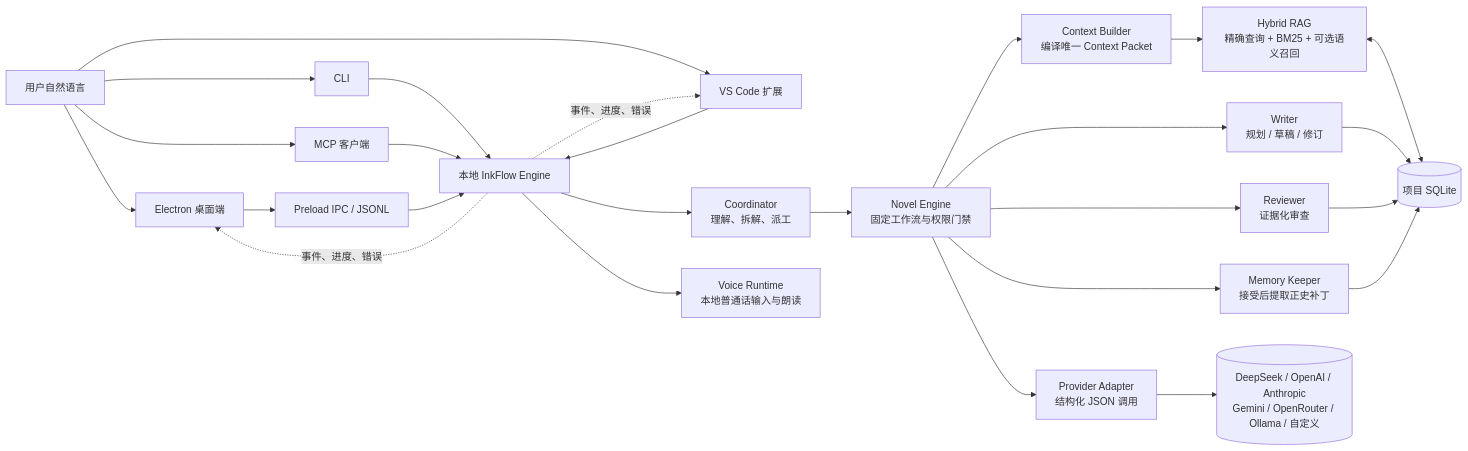
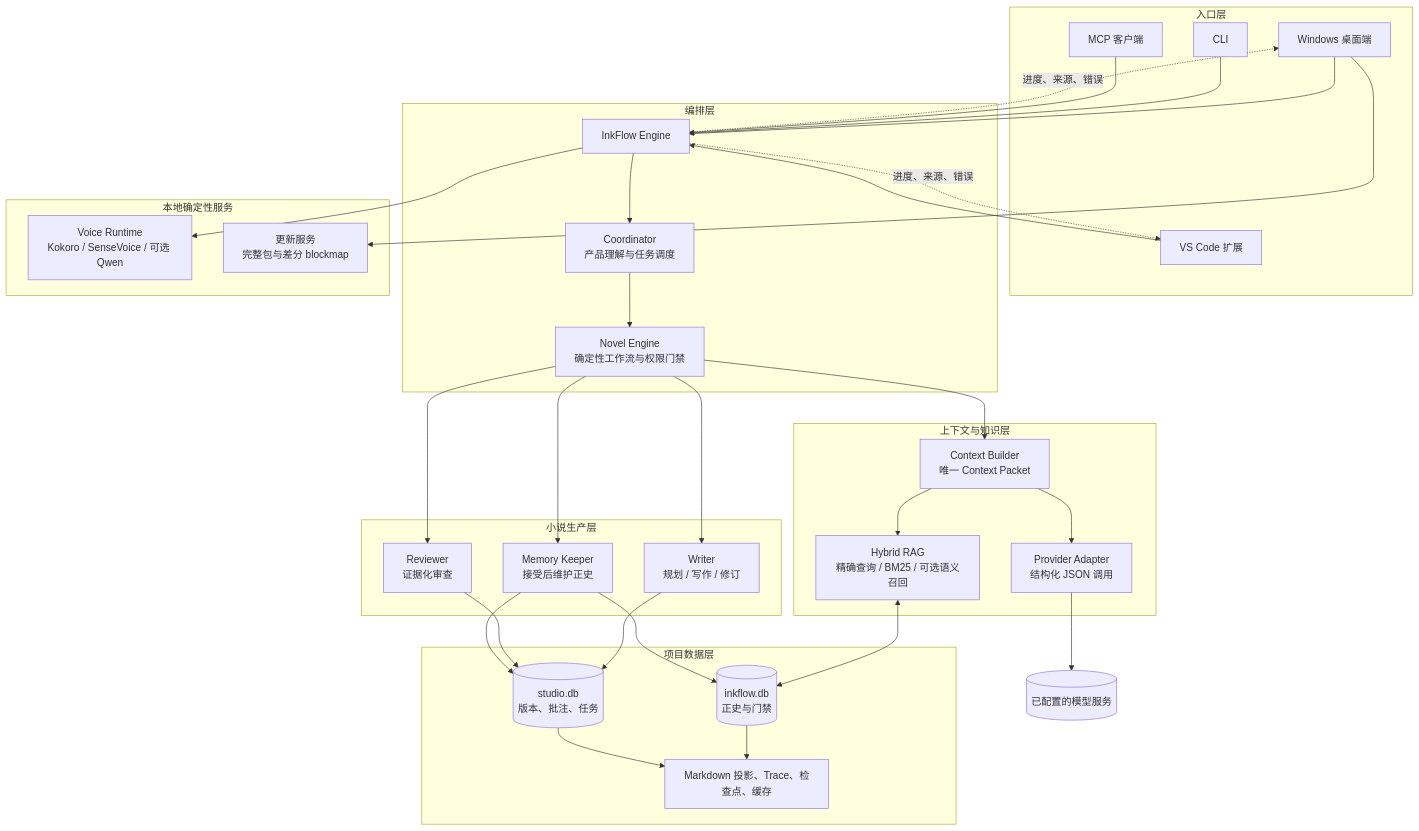
One commit to littlewinter320/inkflow changed the first of 10 diagrams in README.md. Above: the diagram before and after it, drawn with Mermaid. The commit also changed other lines of this file, not shown here.

Commit message:
docs: 重组 0.6.0 产品模块与系统架构说明

````diff
--- a/README.md
+++ b/README.md
@@ -140,32 +147,54 @@
 ```mermaid
-flowchart LR
-    U[用户自然语言] --> D[Electron 桌面端]
-    U --> V[VS Code 扩展]
-    U --> C[CLI]
-    U --> M[MCP 客户端]
+flowchart TB
+    subgraph Entry[入口层]
+        Desktop[Windows 桌面端]
+        Extension[VS Code 扩展]
+        CLI[CLI]
+        MCP[MCP 客户端]
+    end
 
-    D --> IPC[Preload IPC / JSONL]
-    V --> E[本地 InkFlow Engine]
-    C --> E
-    M --> E
-    IPC --> E
+    subgraph Orchestration[编排层]
+        Engine[InkFlow Engine]
+        Coordinator[Coordinator<br/>产品理解与任务调度]
+        Novel[Novel Engine<br/>确定性工作流与权限门禁]
+    end
 
-    E --> CO[Coordinator<br/>理解、拆解、派工]
-    CO --> G[Novel Engine<br/>固定工作流与权限门禁]
-    G --> CB[Context Builder<br/>编译唯一 Context Packet]
-    CB --> RAG[Hybrid RAG<br/>精确查询 + BM25 + 可选语义召回]
-    RAG <--> DB[(项目 SQLite)]
+    subgraph Production[小说生产层]
+        Writer[Writer<br/>规划 / 写作 / 修订]
+        Reviewer[Reviewer<br/>证据化审查]
+        Keeper[Memory Keeper<br/>接受后维护正史]
+    end
 
-    G --> W[Writer<br/>规划 / 草稿 / 修订]
-    G --> RV[Reviewer<br/>证据化审查]
-    G --> MK[Memory Keeper<br/>接受后提取正史补丁]
-    W --> DB
-    RV --> DB
-    MK --> DB
+    subgraph Knowledge[上下文与知识层]
+        Context[Context Builder<br/>唯一 Context Packet]
+        Retrieval[Hybrid RAG<br/>精确查询 / BM25 / 可选语义召回]
+        Provider[Provider Adapter<br/>结构化 JSON 调用]
+    end
 
-    G --> PA[Provider Adapter<br/>结构化 JSON 调用]
-    PA --> API[(DeepSeek / OpenAI / Anthropic<br/>Gemini / OpenRouter / Ollama / 自定义)]
-    E -.事件、进度、错误.-> D
-    E -.事件、进度、错误.-> V
-    E --> VR[Voice Runtime<br/>本地普通话输入与朗读]
+    subgraph Storage[项目数据层]
+        Canon[(inkflow.db<br/>正史与门禁)]
+        Studio[(studio.db<br/>版本、批注、任务)]
+        Files[Markdown 投影、Trace、检查点、缓存]
+    end
+
+    subgraph Local[本地确定性服务]
+        Voice[Voice Runtime<br/>Kokoro / SenseVoice / 可选 Qwen]
+        Update[更新服务<br/>完整包与差分 blockmap]
+    end
+
+    Desktop & Extension & CLI & MCP --> Engine
+    Engine --> Coordinator --> Novel
+    Novel --> Writer & Reviewer & Keeper
+    Novel --> Context
+    Context --> Retrieval
+    Retrieval <--> Canon
+    Context --> Provider
+    Provider --> Model[(已配置的模型服务)]
+    Writer & Reviewer & Keeper --> Studio
+    Keeper --> Canon
+    Canon --> Files
+    Studio --> Files
+    Engine -.进度、来源、错误.-> Desktop & Extension
+    Engine --> Voice
+    Desktop --> Update
 ```
````
